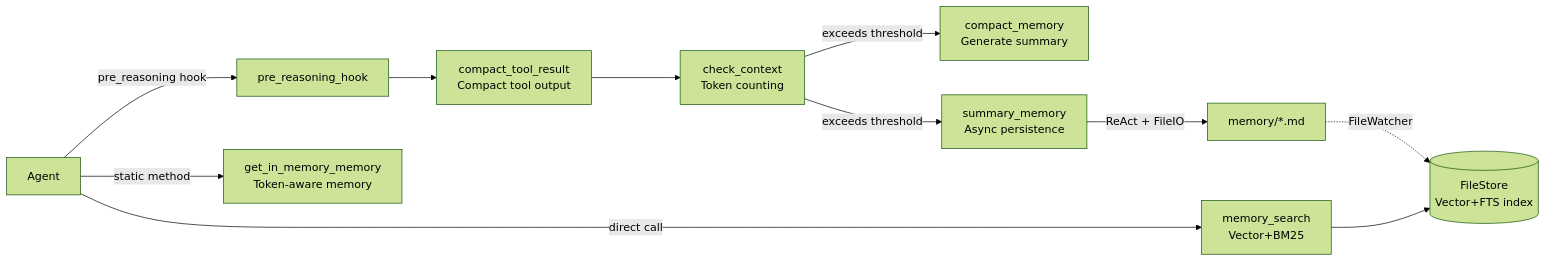
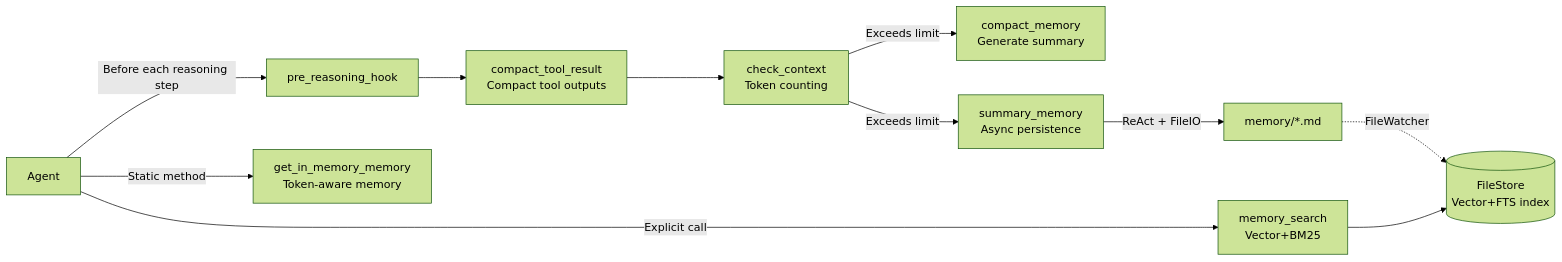
One commit to agentscope-ai/ReMe changed the first of 9 diagrams in README.md. Above: the diagram before and after it, drawn with Mermaid (forest theme). The commit also changed other lines of this file and 1 other file, not shown here.

````diff
--- a/README.md
+++ b/README.md
@@ -180,13 +179,13 @@
 ```mermaid
 graph LR
-    Agent[Agent] -->|pre_reasoning hook| Hook[pre_reasoning_hook]
-    Hook --> TC[compact_tool_result<br>Compact tool output]
+    Agent[Agent] -->|Before each reasoning step| Hook[pre_reasoning_hook]
+    Hook --> TC[compact_tool_result<br>Compact tool outputs]
     TC --> CC[check_context<br>Token counting]
-    CC -->|exceeds threshold| CM[compact_memory<br>Generate summary]
-    CC -->|exceeds threshold| SM[summary_memory<br>Async persistence]
+    CC -->|Exceeds limit| CM[compact_memory<br>Generate summary]
+    CC -->|Exceeds limit| SM[summary_memory<br>Async persistence]
     SM -->|ReAct + FileIO| Files[memory/*.md]
-    Agent -->|direct call| Search[memory_search<br>Vector+BM25]
-    Agent -->|static method| InMem[get_in_memory_memory<br>Token-aware memory]
+    Agent -->|Explicit call| Search[memory_search<br>Vector+BM25]
+    Agent -->|Static method| InMem[get_in_memory_memory<br>Token-aware memory]
     Files -.->|FileWatcher| Store[(FileStore<br>Vector+FTS index)]
     Search --> Store
 ```
````
